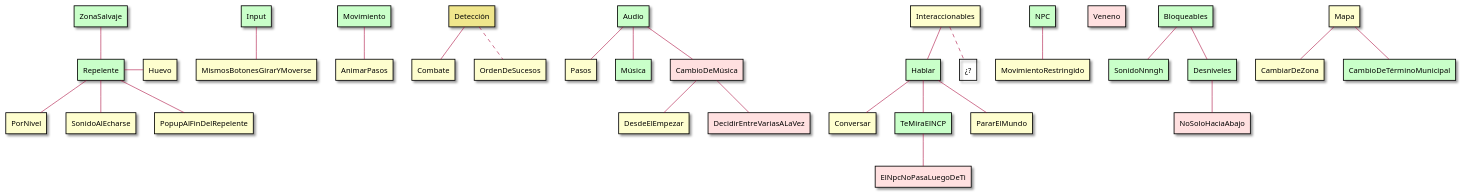
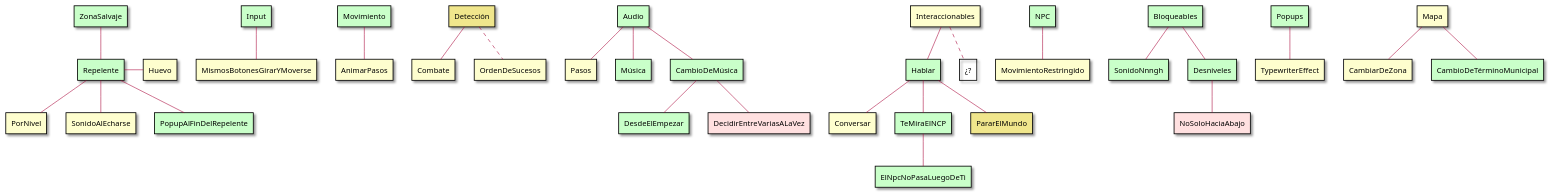
Before and after one commit to RicardoGuzmanVelasco/LearningPkmn: the diagram in Assets/Pkmn.Overworld/Docs~/Tree.puml, drawn with PlantUML.

Commit message:
docs: project tree

```diff
--- a/Assets/Pkmn.Overworld/Docs~/Tree.puml
+++ b/Assets/Pkmn.Overworld/Docs~/Tree.puml
@@ -1,81 +1,84 @@
 @startuml
 skin rose
 
 rectangle Input #technology
 rectangle MismosBotonesGirarYMoverse
 rectangle Movimiento #technology
 rectangle AnimarPasos
 rectangle Detección #khaki
 rectangle Combate
 rectangle OrdenDeSucesos
 rectangle Audio #technology
 rectangle Pasos
 rectangle Música #technology
-rectangle CambioDeMúsica #implementation
-rectangle DesdeElEmpezar
+rectangle CambioDeMúsica #technology
+rectangle DesdeElEmpezar #technology
 rectangle DecidirEntreVariasALaVez #implementation
 
 rectangle Interaccionables
 rectangle Hablar #technology
 rectangle Conversar
 rectangle TeMiraElNCP #technology
-rectangle PararElMundo
-rectangle ElNpcNoPasaLuegoDeTi #implementation
+rectangle PararElMundo #khaki
+rectangle ElNpcNoPasaLuegoDeTi #technology
 rectangle "¿?" as InteraccionablesFuturo #transparent
 
 rectangle ZonaSalvaje #technology
 rectangle Repelente #technology
 rectangle PorNivel
 rectangle SonidoAlEcharse
 rectangle Huevo
-rectangle PopupAlFinDelRepelente
+rectangle PopupAlFinDelRepelente #technology
 rectangle NPC #technology
 rectangle MovimientoRestringido 
-
-rectangle Veneno #implementation
 
 rectangle Bloqueables #technology
 rectangle SonidoNnngh #technology
 rectangle Desniveles #technology
 rectangle NoSoloHaciaAbajo #implementation
+
+rectangle Popups #technology
+rectangle TypewriterEffect
 
 rectangle Mapa 
 rectangle CambiarDeZona
 rectangle CambioDeTérminoMunicipal #technology
 
 Input -- MismosBotonesGirarYMoverse
 Movimiento -- AnimarPasos
+
+Popups -- TypewriterEffect
 
 Detección -- Combate
 Detección .. OrdenDeSucesos
 
 Audio -- Pasos
 Audio -- Música
 Audio -- CambioDeMúsica
 CambioDeMúsica -- DesdeElEmpezar
 CambioDeMúsica -- DecidirEntreVariasALaVez
 
 Interaccionables -- Hablar
 Interaccionables .. InteraccionablesFuturo
 Hablar -- Conversar
 Hablar -- TeMiraElNCP
 Hablar -- PararElMundo
 TeMiraElNCP -- ElNpcNoPasaLuegoDeTi
 
 ZonaSalvaje -- Repelente
 Repelente -- PorNivel
 Repelente -- SonidoAlEcharse
 Repelente - Huevo
 Repelente -- PopupAlFinDelRepelente
 
 NPC -- MovimientoRestringido
 
 Bloqueables -- Desniveles
 Bloqueables -- SonidoNnngh
 Desniveles -- NoSoloHaciaAbajo
 
 Mapa -- CambiarDeZona
 Mapa -- CambioDeTérminoMunicipal
 
 
 @enduml
```
